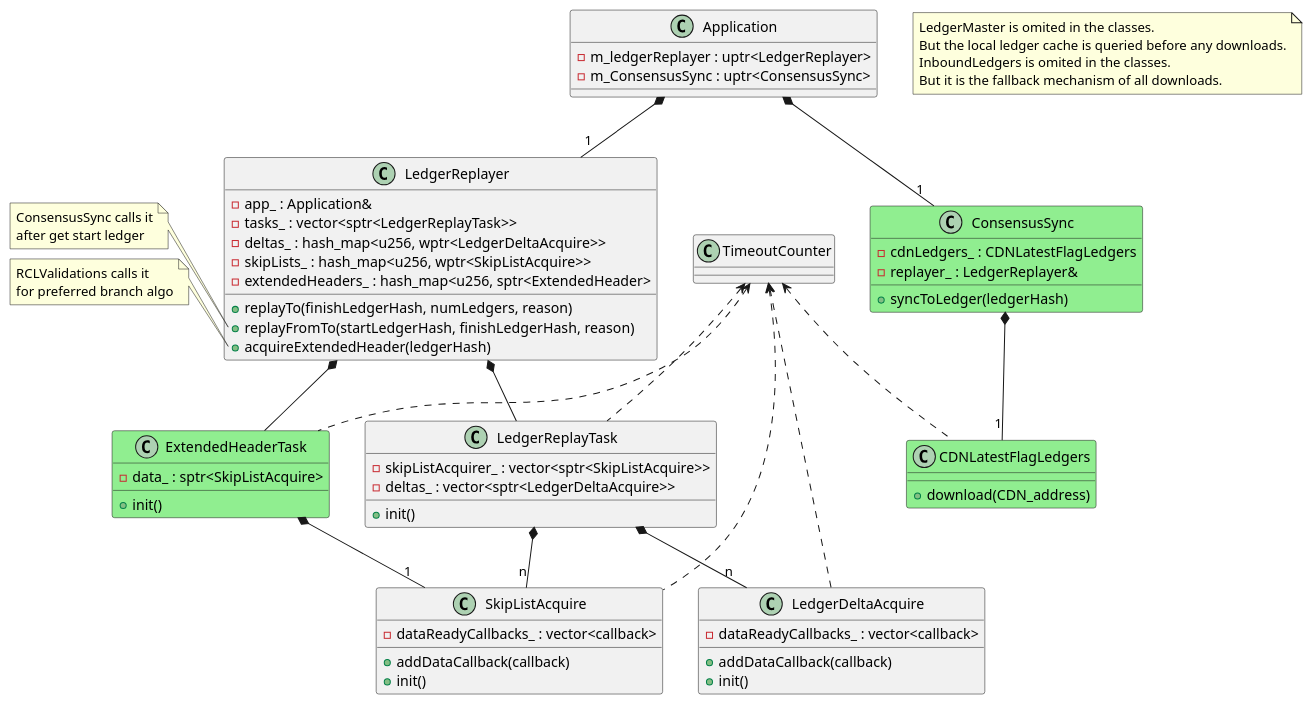
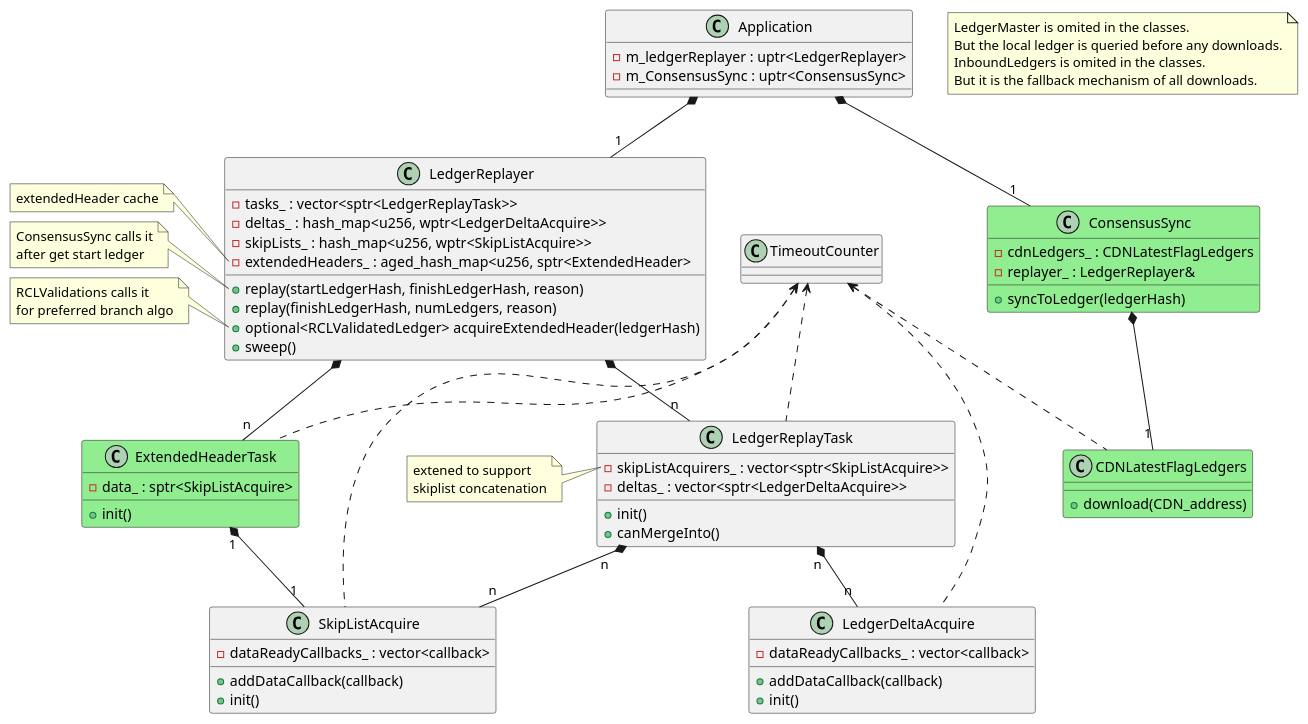
One commit to pwang200/rippled changed the diagram in docs/0010-ledger-replay/ledger_replay_classes_v2.puml. Above: the diagram before and after it, drawn with PlantUML. The commit also changed 2 other files, not shown here.

Commit message:
[fold] updated flow chart and class diagram.

```diff
--- a/docs/0010-ledger-replay/ledger_replay_classes_v2.puml
+++ b/docs/0010-ledger-replay/ledger_replay_classes_v2.puml
@@ -1,150 +1,153 @@
 @startuml
 
-'note bottom of Application : "LedgerMaster is omited in the classes. But the\nlocal ledger cache is queried before any downloads." as N1
-
-'note as N1 
-'  LedgerMaster is omited in the classes. 
-'  But the local ledger cache is queried before any downloads.
-'  InboundLedgers is omited in the classes. 
-'  But it is the fallback mechanism of all downloads.
-'end node
 
 class TimeoutCounter {
 '  #app_ : Application&
 }
 
 'TimeoutCounter o-- "1" Application 
 ': app_
-
 
 class Application {
   -m_ledgerReplayer : uptr<LedgerReplayer>
 '  -m_inboundLedgers : uptr<InboundLedgers>
   -m_ConsensusSync : uptr<ConsensusSync>
 }
 
 Application *-- "1" LedgerReplayer 
 ': m_ledgerReplayer
 'Application *-- "1" InboundLedgers 
 ': m_inboundLedgers
 
 'Application "1" --o InboundLedgers 
 ': app_
 
 'class InboundLedgers {
 '  -app_ : Application&
 '}
 
 'InboundLedgers "1" --o LedgerReplayer 
 ': inboundLedgers_
 'Application "1" --o LedgerReplayer 
 ': app_
 
-note "LedgerMaster is omited in the classes.\nBut the local ledger cache is queried before any downloads.\nInboundLedgers is omited in the classes.\nBut it is the fallback mechanism of all downloads." as N1
+note "LedgerMaster is omited in the classes.\nBut the local ledger is queried before any downloads.\nInboundLedgers is omited in the classes.\nBut it is the fallback mechanism of all downloads." as N1
 
 class LedgerReplayer {
-  +replayTo(finishLedgerHash, numLedgers, reason)
-  +replayFromTo(startLedgerHash, finishLedgerHash, reason)
-  +acquireExtendedHeader(ledgerHash) 
-  -app_ : Application&
+  +replay(startLedgerHash, finishLedgerHash, reason)
+  +replay(finishLedgerHash, numLedgers, reason)
+  +optional<RCLValidatedLedger> acquireExtendedHeader(ledgerHash) 
+  +sweep()
+'  -app_ : Application&
 '  -inboundLedgers_ : InboundLedgers&
   -tasks_ : vector<sptr<LedgerReplayTask>>
   -deltas_ : hash_map<u256, wptr<LedgerDeltaAcquire>>
   -skipLists_ : hash_map<u256, wptr<SkipListAcquire>>
-  -extendedHeaders_ : hash_map<u256, sptr<ExtendedHeader>
+  -extendedHeaders_ : aged_hash_map<u256, sptr<ExtendedHeader>
 }
 'note top of SkipListAcquire : Extend SkipListAcquire to ExtendedHeader.
 
-note left of LedgerReplayer::replayFromTo
+note left of LedgerReplayer::extendedHeaders_
+  extendedHeader cache
+end note
+
+note left of LedgerReplayer::replay
   ConsensusSync calls it
   after get start ledger
 end note
 
 note left of LedgerReplayer::acquireExtendedHeader
   RCLValidations calls it
   for preferred branch algo
 end note
 
-LedgerReplayer *-- LedgerReplayTask 
+LedgerReplayer *-- "n" LedgerReplayTask 
 ': tasks_
 'LedgerReplayer o-- LedgerDeltaAcquire 
 ': deltas_
 'LedgerReplayer o-- SkipListAcquire 
 ': skipLists_
 
 TimeoutCounter <.. LedgerReplayTask
 'InboundLedgers "1" --o LedgerReplayTask 
 ': inboundLedgers_
 'LedgerReplayer "1" --o LedgerReplayTask 
 ': replayer_
 
 class LedgerReplayTask {
 '  -inboundLedgers_ : InboundLedgers&
 '  -replayer_ : LedgerReplayer&
-  -skipListAcquirer_ : vector<sptr<SkipListAcquire>>
+  -skipListAcquirers_ : vector<sptr<SkipListAcquire>>
   -deltas_ : vector<sptr<LedgerDeltaAcquire>>
 '  +addDelta(sptr<LedgerDeltaAcquire>)
   +init()
+  +canMergeInto()
 }
 
-LedgerReplayTask *-- "n" SkipListAcquire 
+LedgerReplayTask "n" *-- "n" SkipListAcquire 
 ': skipListAcquirer_
-LedgerReplayTask *-- "n" LedgerDeltaAcquire 
+
+note left of LedgerReplayTask::skipListAcquirers_
+  extened to support
+  skiplist concatenation
+end note
+
+LedgerReplayTask "n" *-- "n" LedgerDeltaAcquire 
 ': deltas_
 
 TimeoutCounter <.. SkipListAcquire
 'InboundLedgers "1" --o SkipListAcquire 
 ': inboundLedgers_
 'LedgerReplayer "1" --o SkipListAcquire 
 ': replayer_
 'LedgerReplayTask --o SkipListAcquire : implicit via callback
 
 class SkipListAcquire {
   +addDataCallback(callback)
   +init()
 '  -inboundLedgers_ : InboundLedgers&
 '  -replayer_ : LedgerReplayer&
   -dataReadyCallbacks_ : vector<callback>
 }
 
 TimeoutCounter <.. LedgerDeltaAcquire
 'InboundLedgers "1" --o LedgerDeltaAcquire 
 ': inboundLedgers_
 'LedgerReplayer "1" --o LedgerDeltaAcquire 
 ': replayer_
 'LedgerReplayTask --o LedgerDeltaAcquire : implicit via callback
 
 class LedgerDeltaAcquire {
   +addDataCallback(callback)
   +init()
 '  -inboundLedgers_ : InboundLedgers&
 '  -replayer_ : LedgerReplayer&
   -dataReadyCallbacks_ : vector<callback>
 }
 
 Application *-- "1" ConsensusSync
 'Application "1" --o ConsensusSync
 class ConsensusSync #lightGreen {
   +syncToLedger(ledgerHash)
   -cdnLedgers_ : CDNLatestFlagLedgers 
 '  -inboundLedgers_ : InboundLedgers&
   -replayer_ : LedgerReplayer&
 }
 
 TimeoutCounter <.. CDNLatestFlagLedgers
 ConsensusSync *-- "1" CDNLatestFlagLedgers
 'ConsensusSync "1" --o CDNLatestFlagLedgers
 class CDNLatestFlagLedgers #lightGreen {
   +download(CDN_address)
 }
 
 TimeoutCounter <.. ExtendedHeaderTask
-LedgerReplayer *-- ExtendedHeaderTask
-ExtendedHeaderTask *-- "1" SkipListAcquire 
+LedgerReplayer *-- "n" ExtendedHeaderTask
+ExtendedHeaderTask "1" *-- "1" SkipListAcquire 
 class ExtendedHeaderTask #lightGreen {
   -data_ : sptr<SkipListAcquire>  
   +init()
 }
 
 
 @enduml
```
